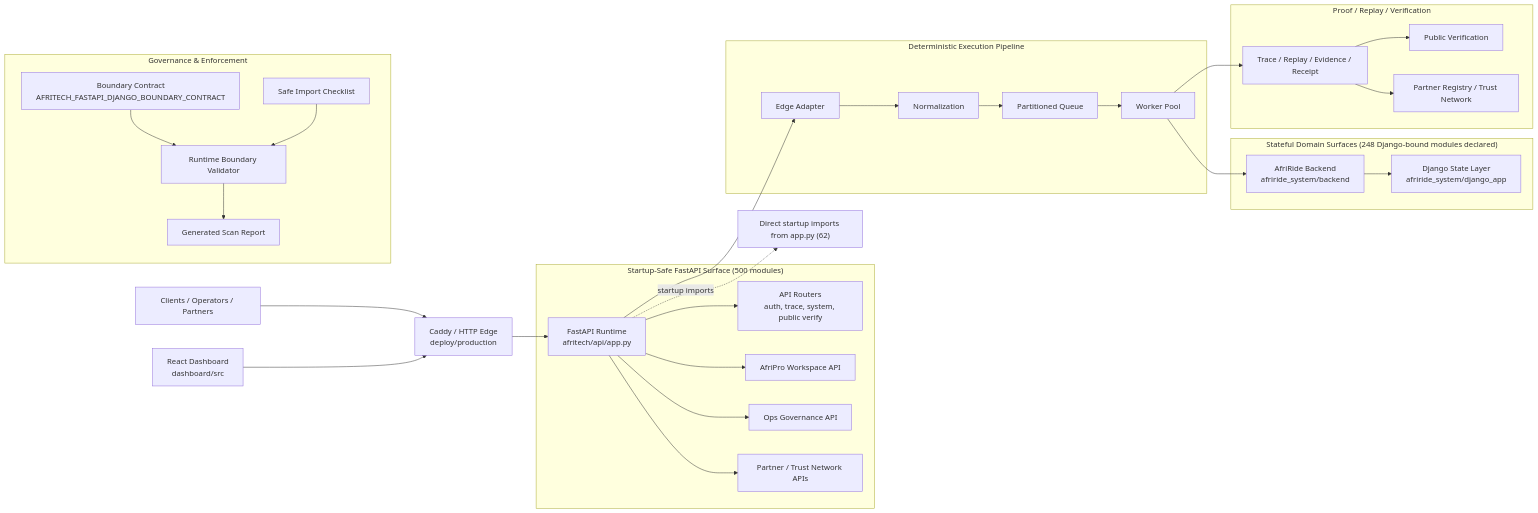
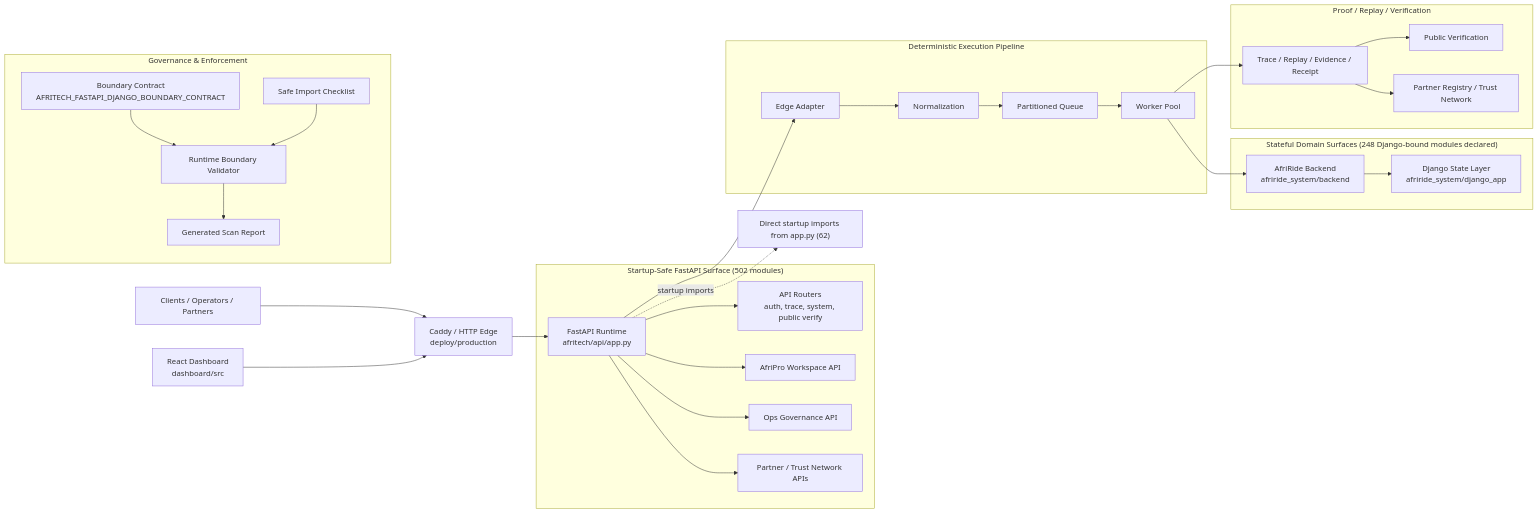
The first of 2 diagrams in docs/architecture/AFRITECH_FULL_ARCHITECTURE_GRAPH.md (Strelly2023/afritelematics), drawn with Mermaid before and after one commit. The commit also changed other lines of this file and 14 other files, not shown here.

````diff
--- a/docs/architecture/AFRITECH_FULL_ARCHITECTURE_GRAPH.md
+++ b/docs/architecture/AFRITECH_FULL_ARCHITECTURE_GRAPH.md
@@ -22,39 +22,39 @@
 ```mermaid
 flowchart LR
     Client["Clients / Operators / Partners"] --> Edge["Caddy / HTTP Edge\ndeploy/production"]
     Dashboard["React Dashboard\ndashboard/src"] --> Edge
     Edge --> App["FastAPI Runtime\nafritech/api/app.py"]
 
-    subgraph FastAPI["Startup-Safe FastAPI Surface (500 modules)"]
+    subgraph FastAPI["Startup-Safe FastAPI Surface (502 modules)"]
         App --> Api["API Routers\nauth, trace, system, public verify"]
         App --> Workspace["AfriPro Workspace API"]
         App --> Governance["Ops Governance API"]
         App --> Trust["Partner / Trust Network APIs"]
     end
 
     subgraph Pipeline["Deterministic Execution Pipeline"]
         App --> Adapt["Edge Adapter"]
         Adapt --> Normalize["Normalization"]
         Normalize --> Queue["Partitioned Queue"]
         Queue --> Worker["Worker Pool"]
     end
 
     subgraph State["Stateful Domain Surfaces (248 Django-bound modules declared)"]
         Worker --> Domain["AfriRide Backend\nafriride_system/backend"]
         Domain --> Django["Django State Layer\nafriride_system/django_app"]
     end
 
     subgraph Proof["Proof / Replay / Verification"]
         Worker --> Trace["Trace / Replay / Evidence / Receipt"]
         Trace --> Public["Public Verification"]
         Trace --> Registry["Partner Registry / Trust Network"]
     end
 
     subgraph GovernancePlane["Governance & Enforcement"]
         Contract["Boundary Contract\nAFRITECH_FASTAPI_DJANGO_BOUNDARY_CONTRACT"] --> Validator["Runtime Boundary Validator"]
         Checklist["Safe Import Checklist"] --> Validator
         Validator --> Review["Generated Scan Report"]
     end
 
     App -. startup imports .-> Imports["Direct startup imports from app.py (62)"]
 ```
````
